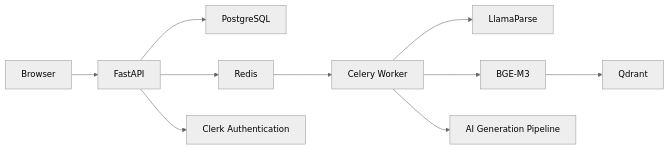
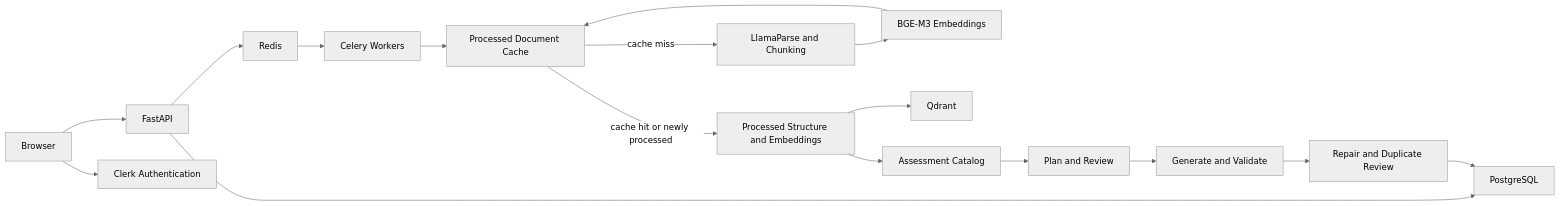
The diagram in README.md (AbdelrahmanAlabadla/DraftWork), drawn with Mermaid (neutral theme) before and after one commit. The commit also changed other lines of this file, not shown here.

````diff
--- a/README.md
+++ b/README.md
@@ -154,12 +153,19 @@
 ```mermaid
 flowchart LR
     A[Browser] --> B[FastAPI]
+    A --> J[Clerk Authentication]
     B --> C[PostgreSQL]
     B --> D[Redis]
-    D --> E[Celery Worker]
-    E --> F[LlamaParse]
-    E --> G[BGE-M3]
-    G --> H[Qdrant]
-    E --> I[AI Generation Pipeline]
-    B --> J[Clerk Authentication]
+    D --> E[Celery Workers]
+    E --> G[Processed Document Cache]
+    G -->|cache miss| F[LlamaParse and Chunking]
+    F --> H[BGE-M3 Embeddings]
+    H --> G
+    G -->|cache hit or newly processed| I[Processed Structure and Embeddings]
+    I --> Q[Qdrant]
+    I --> K[Assessment Catalog]
+    K --> L[Plan and Review]
+    L --> M[Generate and Validate]
+    M --> N[Repair and Duplicate Review]
+    N --> C
 ```
````
